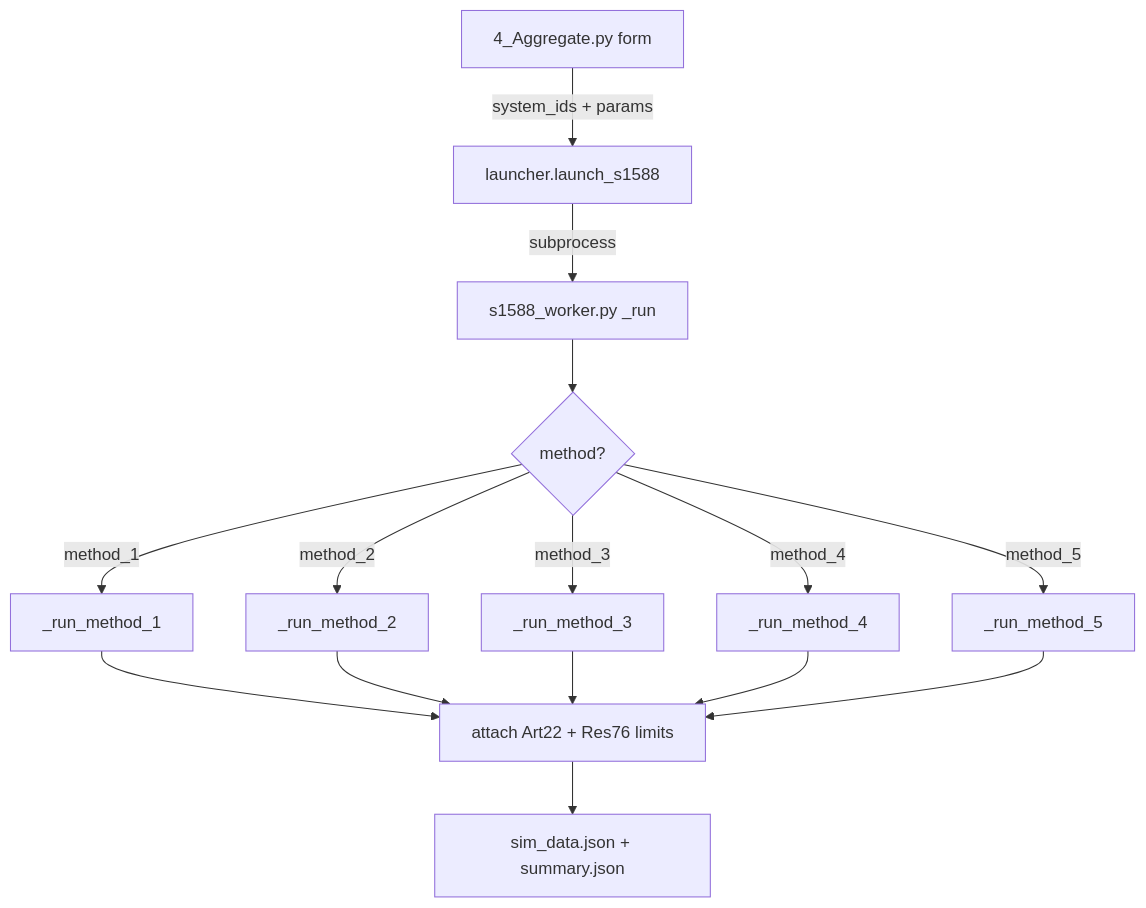
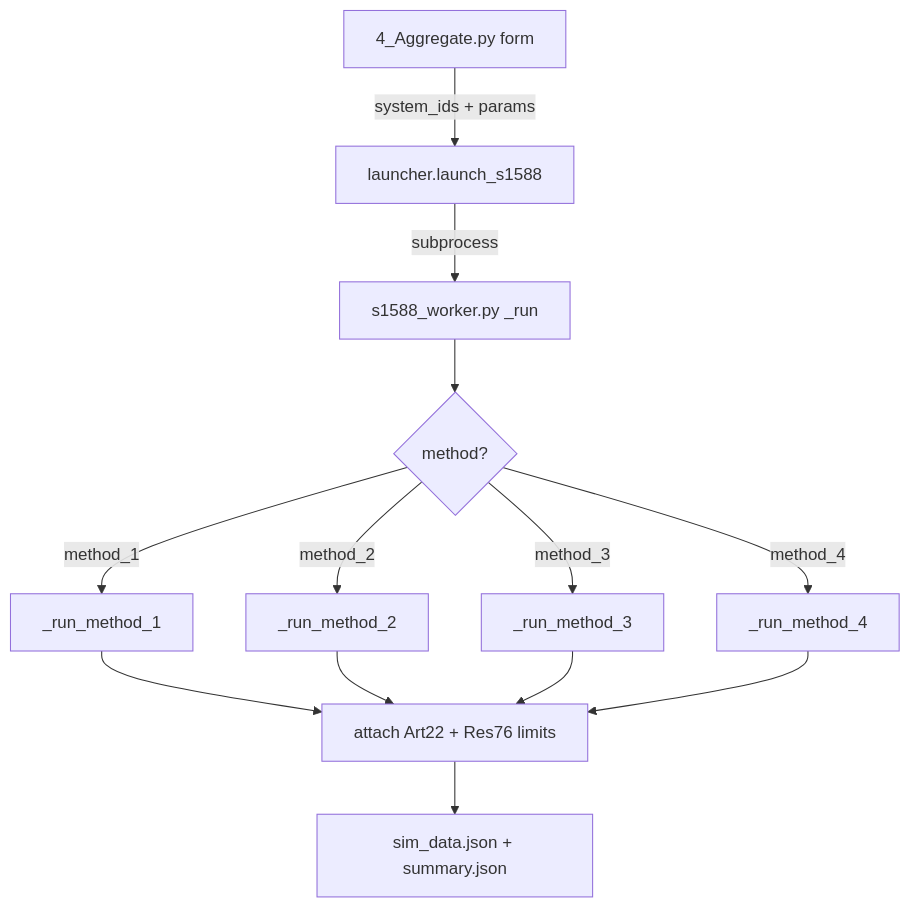
One commit to SIMULATOR-WG/SHARC-Orbit_colab_ITU changed diagram 11 of 19 in ARCHITECTURE.md. Above: the diagram before and after it, drawn with Mermaid. The commit also changed other lines of this file and 5 other files, not shown here.

First line of the commit message:
docs: update architecture and README for method changes

````diff
--- a/ARCHITECTURE.md
+++ b/ARCHITECTURE.md
@@ -1021,18 +997,17 @@
 ```mermaid
 flowchart TD
     P[4_Aggregate.py form]
     LA[launcher.launch_s1588]
     W[s1588_worker.py _run]
     M{method?}
 
     P -->|"system_ids + params"| LA
     LA -->|"subprocess"| W
     W --> M
     M -->|method_1| F1[_run_method_1]
     M -->|method_2| F2[_run_method_2]
     M -->|method_3| F3[_run_method_3]
     M -->|method_4| F4[_run_method_4]
-    M -->|method_5| F5[_run_method_5]
-    F1 & F2 & F3 & F4 & F5 --> ATT[attach Art22 + Res76 limits]
+    F1 & F2 & F3 & F4 --> ATT[attach Art22 + Res76 limits]
     ATT --> OUT[sim_data.json + summary.json]
 ```
````
